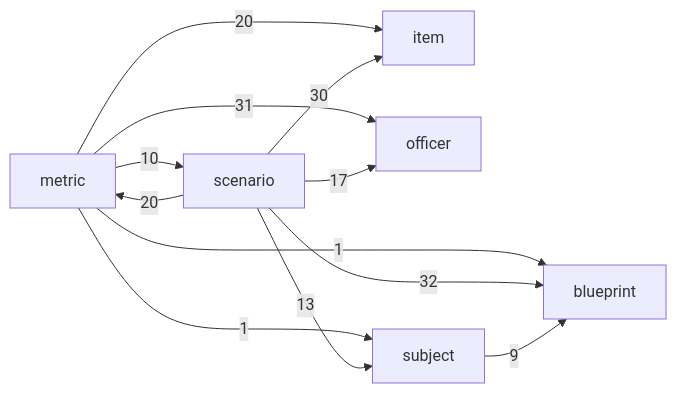
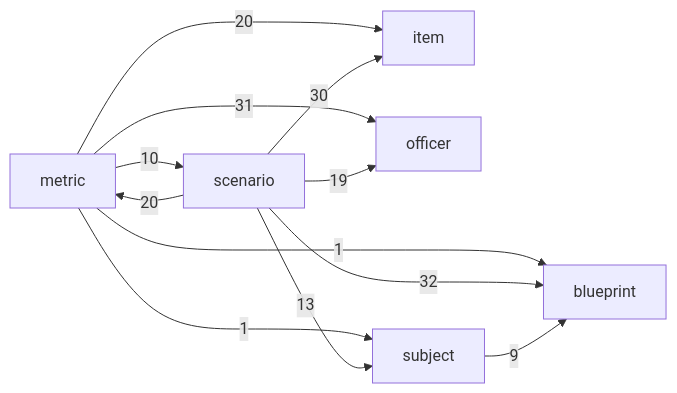
Before and after one commit to geraldmaron/tactically-idle: the diagram in docs/architecture.md, drawn with Mermaid. The commit also changed other lines of this file and 8 other files, not shown here.

````diff
--- a/docs/architecture.md
+++ b/docs/architecture.md
@@ -40,14 +40,14 @@
 ```mermaid
 flowchart LR
   metric -->|1| blueprint
   metric -->|20| item
   metric -->|31| officer
   metric -->|10| scenario
   metric -->|1| subject
   scenario -->|32| blueprint
   scenario -->|30| item
   scenario -->|20| metric
-  scenario -->|17| officer
+  scenario -->|19| officer
   scenario -->|13| subject
   subject -->|9| blueprint
 ```
````
